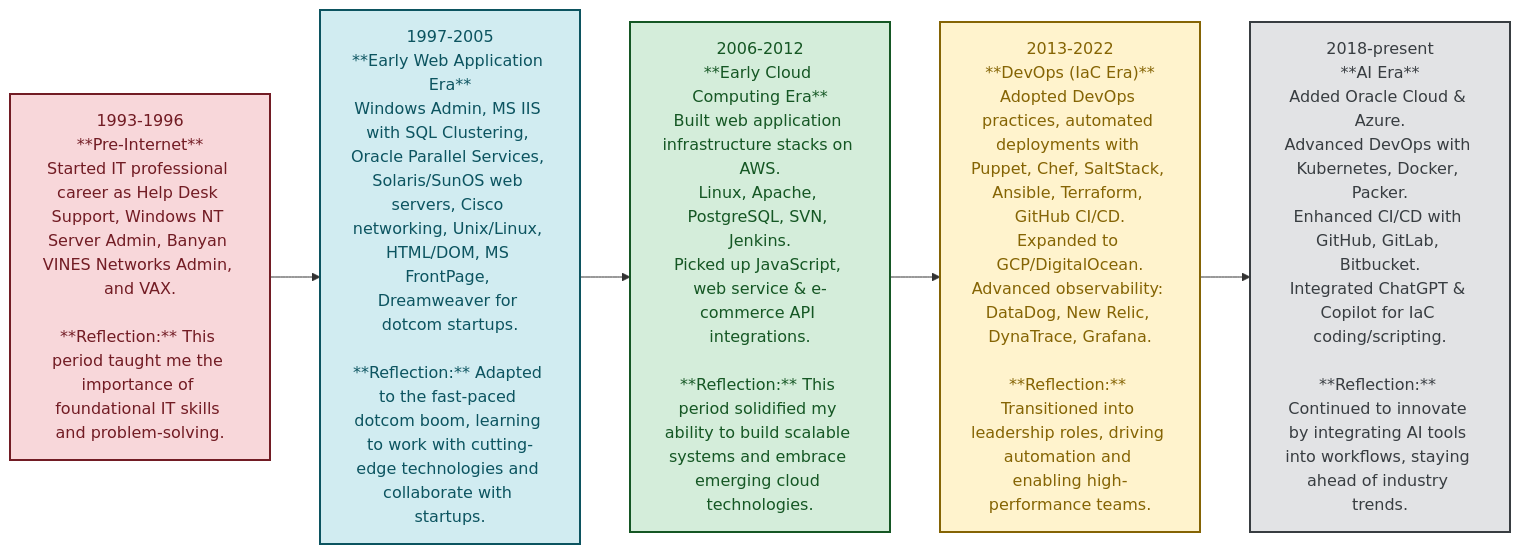
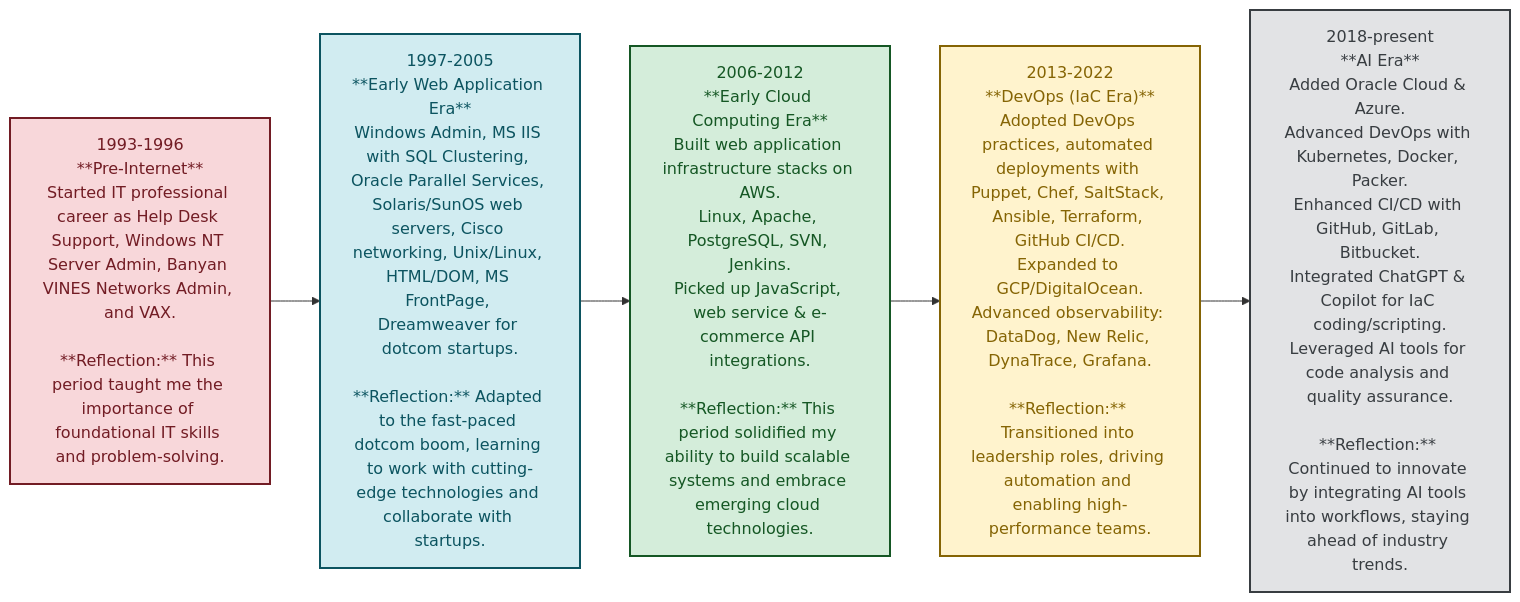
The diagram in journey-timeline.md (virathsem/bio), drawn with Mermaid before and after one commit. The commit also changed 2 other files, not shown here.

Commit message:
add more context about AI leverage

`````diff
--- a/journey-timeline.md
+++ b/journey-timeline.md
@@ -7,20 +7,20 @@
 ```mermaid
 flowchart LR
     A["1993-1996<br/>**Pre-Internet**<br/>Started IT professional career as Help Desk Support, Windows NT Server Admin, Banyan VINES Networks Admin, and VAX.<br/><br/>**Reflection:** This period taught me the importance of foundational IT skills and problem-solving."]:::preInternet
     B["1997-2005<br/>**Early Web Application Era**<br/>Windows Admin, MS IIS with SQL Clustering, Oracle Parallel Services, Solaris/SunOS web servers, Cisco networking, Unix/Linux, HTML/DOM, MS FrontPage, Dreamweaver for dotcom startups.<br/><br/>**Reflection:** Adapted to the fast-paced dotcom boom, learning to work with cutting-edge technologies and collaborate with startups."]:::webEra
     C["2006-2012<br/>**Early Cloud Computing Era**<br/>Built web application infrastructure stacks on AWS.<br/>Linux, Apache, PostgreSQL, SVN, Jenkins.<br/>Picked up JavaScript, web service & e-commerce API integrations.<br/><br/>**Reflection:** This period solidified my ability to build scalable systems and embrace emerging cloud technologies."]:::cloudEra
     D["2013-2022<br/>**DevOps (IaC Era)**<br/>Adopted DevOps practices, automated deployments with Puppet, Chef, SaltStack, Ansible, Terraform, GitHub CI/CD.<br/>Expanded to GCP/DigitalOcean.<br/>Advanced observability: DataDog, New Relic, DynaTrace, Grafana.<br/><br/>**Reflection:** Transitioned into leadership roles, driving automation and enabling high-performance teams."]:::devOpsEra
-    E["2018-present<br/>**AI Era**<br/>Added Oracle Cloud & Azure.<br/>Advanced DevOps with Kubernetes, Docker, Packer.<br/>Enhanced CI/CD with GitHub, GitLab, Bitbucket.<br/>Integrated ChatGPT & Copilot for IaC coding/scripting.<br/><br/>**Reflection:** Continued to innovate by integrating AI tools into workflows, staying ahead of industry trends."]:::aiEra
+    E["2018-present<br/>**AI Era**<br/>Added Oracle Cloud & Azure.<br/>Advanced DevOps with Kubernetes, Docker, Packer.<br/>Enhanced CI/CD with GitHub, GitLab, Bitbucket.<br/>Integrated ChatGPT & Copilot for IaC coding/scripting.<br/>Leveraged AI tools for code analysis and quality assurance.<br/><br/>**Reflection:** Continued to innovate by integrating AI tools into workflows, staying ahead of industry trends."]:::aiEra
 
     A --> B
     B --> C
     C --> D
     D --> E
 
     %% Define styles for each block with improved contrast
     classDef preInternet fill:#f8d7da,stroke:#721c24,stroke-width:2px,color:#721c24;
     classDef webEra fill:#d1ecf1,stroke:#0c5460,stroke-width:2px,color:#0c5460;
     classDef cloudEra fill:#d4edda,stroke:#155724,stroke-width:2px,color:#155724;
     classDef devOpsEra fill:#fff3cd,stroke:#856404,stroke-width:2px,color:#856404;
     classDef aiEra fill:#e2e3e5,stroke:#383d41,stroke-width:2px,color:#383d41;
-````
+```
`````
